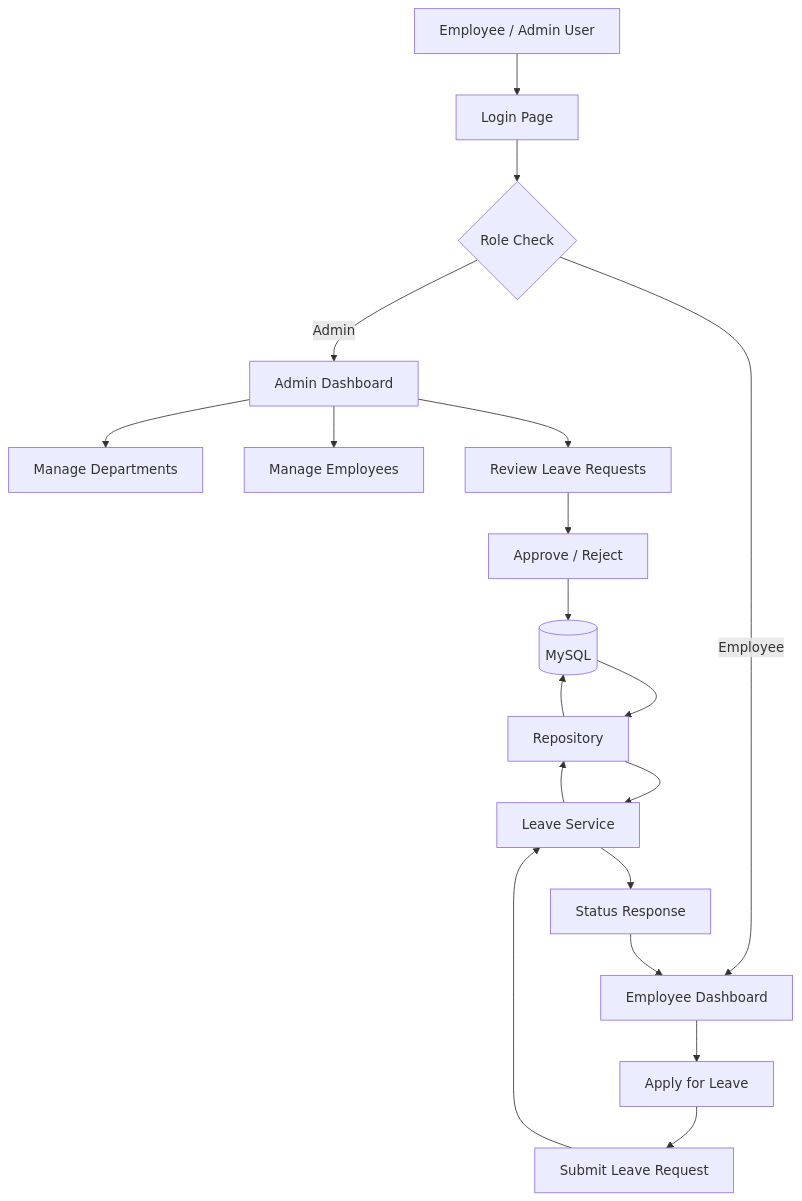
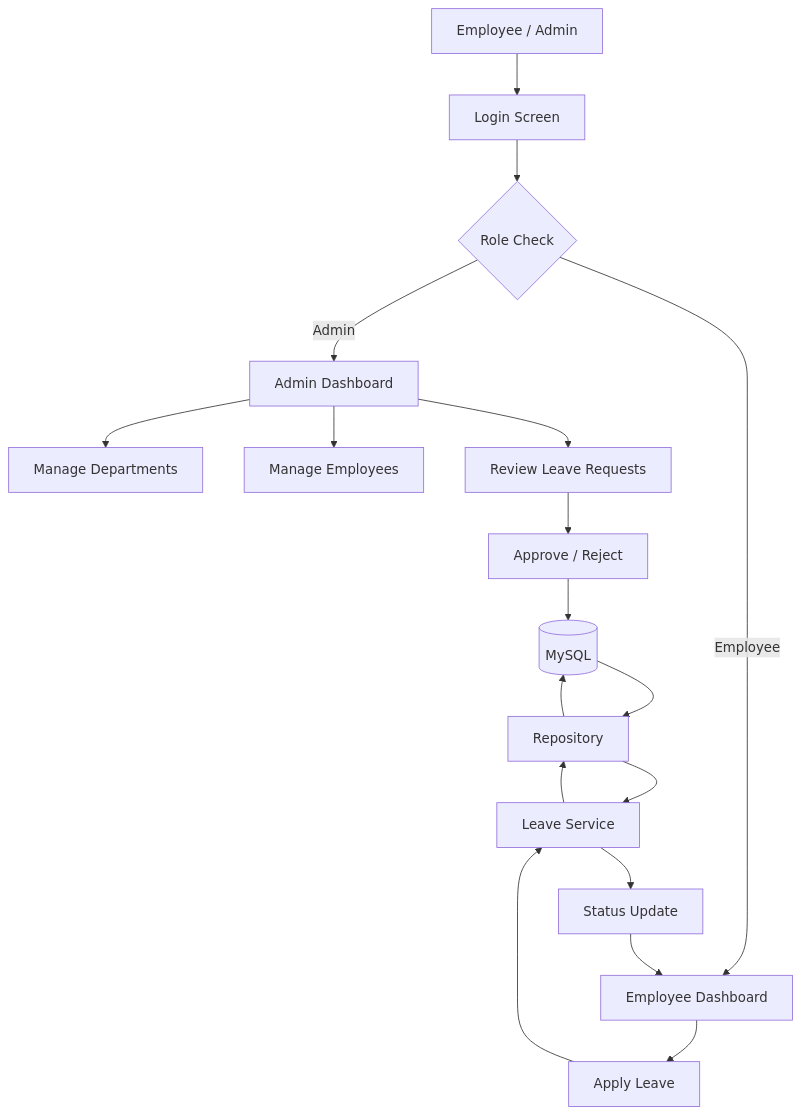
One commit to mohddilshadkhan2003/employee-management-leave-tracking-system changed the second of 2 diagrams in README.md. Above: the diagram before and after it, drawn with Mermaid. The commit also changed other lines of this file, not shown here.

````diff
--- a/README.md
+++ b/README.md
@@ -73,23 +112,22 @@
 ```mermaid
 flowchart TD
-    U[Employee / Admin User] --> L[Login Page]
-    L --> A{Role Check}
-    A -->|Admin| AD[Admin Dashboard]
-    A -->|Employee| EM[Employee Dashboard]
+    U[Employee / Admin] --> I[Login Screen]
+    I --> R{Role Check}
+    R -->|Admin| A[Admin Dashboard]
+    R -->|Employee| E[Employee Dashboard]
 
-    AD --> D[Manage Departments]
-    AD --> E[Manage Employees]
-    AD --> LE[Review Leave Requests]
-    LE --> P[Approve / Reject]
+    A --> D[Manage Departments]
+    A --> M[Manage Employees]
+    A --> L[Review Leave Requests]
+    L --> P[Approve / Reject]
 
-    EM --> LA[Apply for Leave]
-    LA --> V[Submit Leave Request]
-    V --> S[Leave Service]
-    S --> R[Repository]
-    R --> DB[(MySQL)]
-    DB --> R
-    R --> S
-    S --> C[Status Response]
-    C --> EM
+    E --> LA[Apply Leave]
+    LA --> S[Leave Service]
+    S --> REPO[Repository]
+    REPO --> DB[(MySQL)]
+    DB --> REPO
+    REPO --> S
+    S --> UI[Status Update]
+    UI --> E
     P --> DB
 ```
````
